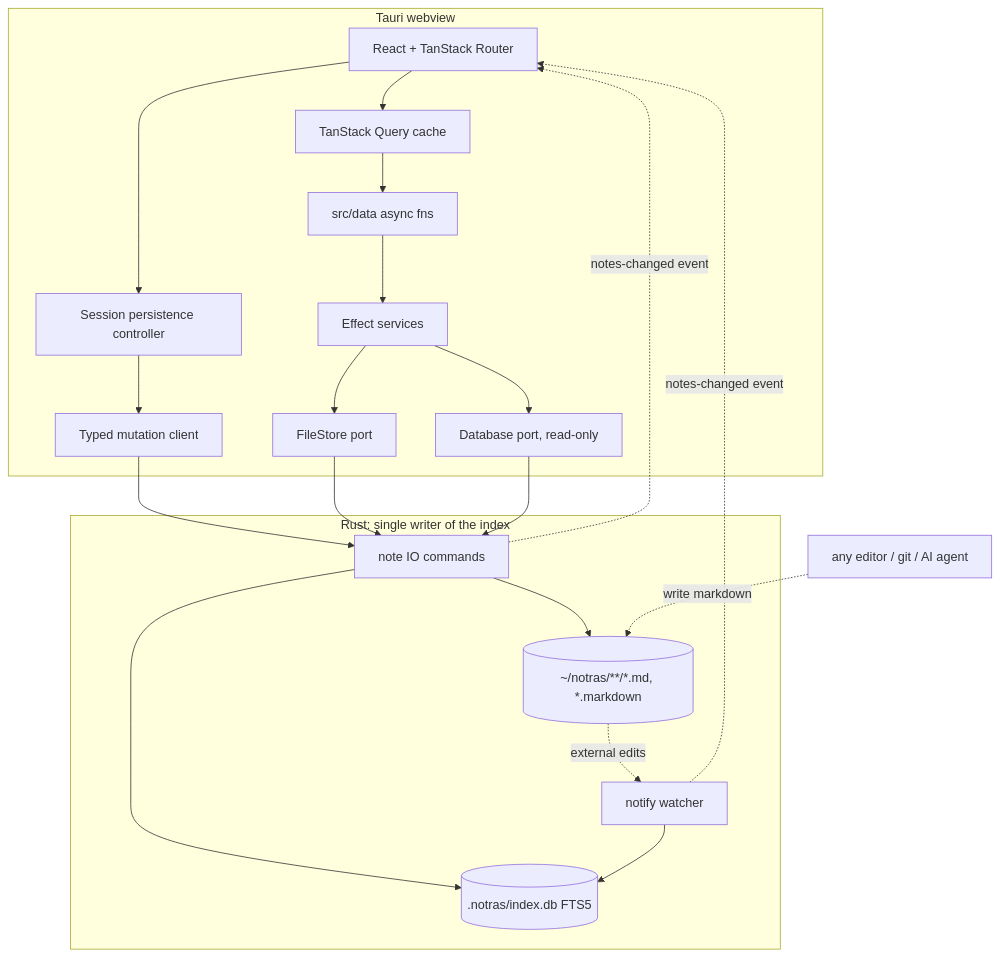
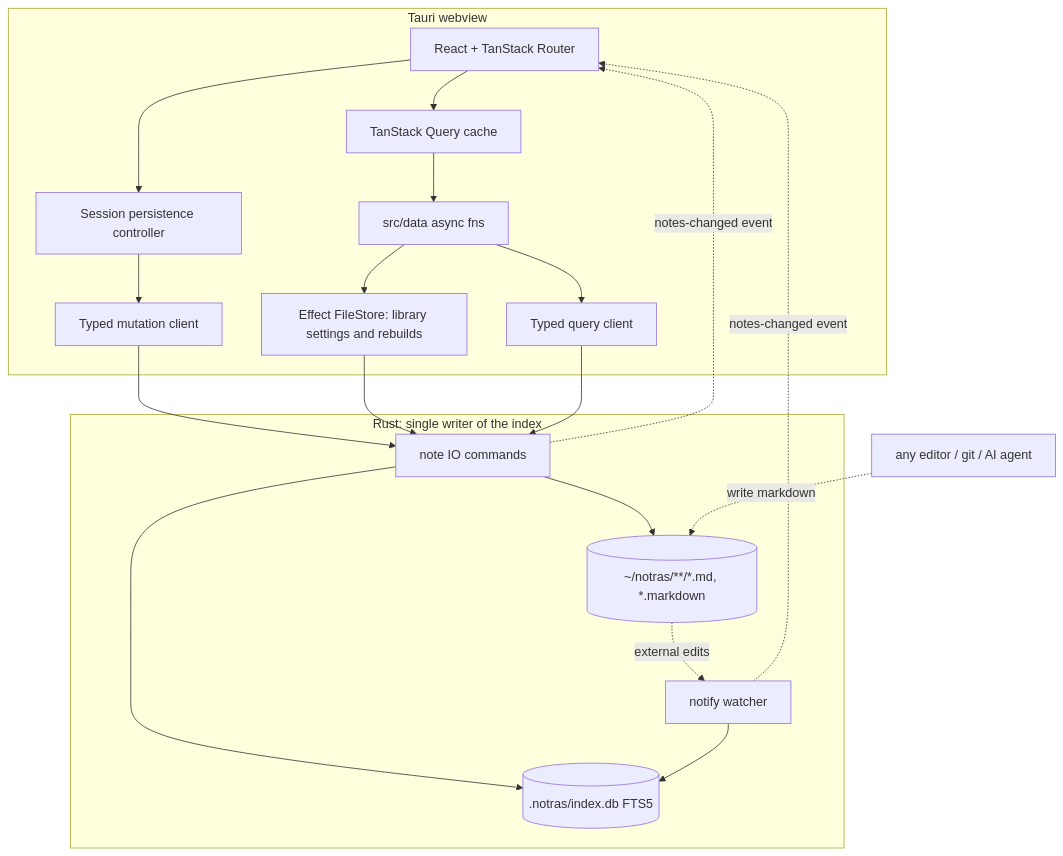
The diagram in ARCHITECTURE.md (jimmy-guzman/notras), drawn with Mermaid before and after one commit. The commit also changed other lines of this file and 54 other files, not shown here.

````diff
--- a/ARCHITECTURE.md
+++ b/ARCHITECTURE.md
@@ -25,26 +25,25 @@
 ```mermaid
 flowchart TD
     subgraph webview [Tauri webview]
         UI[React + TanStack Router] --> Query[TanStack Query cache]
         UI --> Persistence[Session persistence controller]
         Persistence --> Mutations[Typed mutation client]
         Query --> Data[src/data async fns]
-        Data --> Services[Effect services]
-        Services --> FileStore[FileStore port]
-        Services --> Index[Database port, read-only]
+        Data --> Reads[Typed query client]
+        Data --> FileStore[Effect FileStore: library settings and rebuilds]
     end
 
     subgraph rust [Rust: single writer of the index]
         Commands[note IO commands] --> Files[(~/notras/**/*.md, *.markdown)]
         Commands --> IndexDb[(.notras/index.db FTS5)]
         Watcher[notify watcher] --> IndexDb
         Files -.external edits.-> Watcher
     end
 
     Mutations --> Commands
     FileStore --> Commands
-    Index --> Commands
+    Reads --> Commands
     Agents[any editor / git / AI agent] -.write markdown.-> Files
     Commands -. notes-changed event .-> UI
     Watcher -. notes-changed event .-> UI
 ```
````
